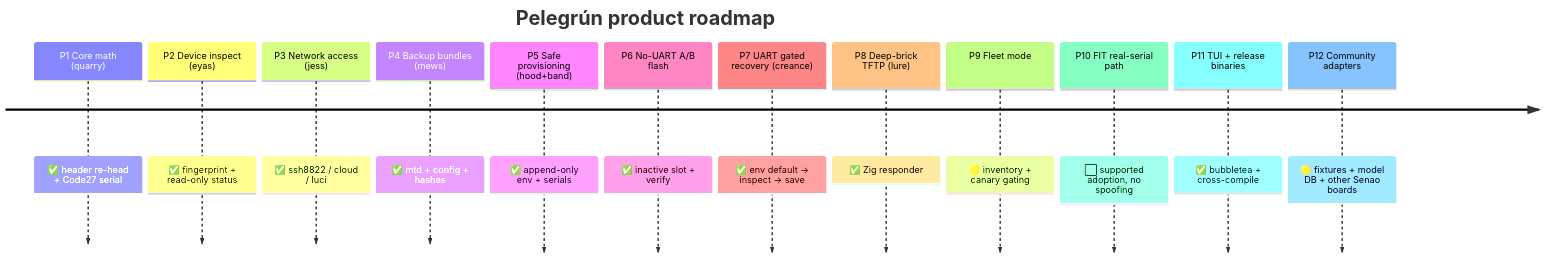
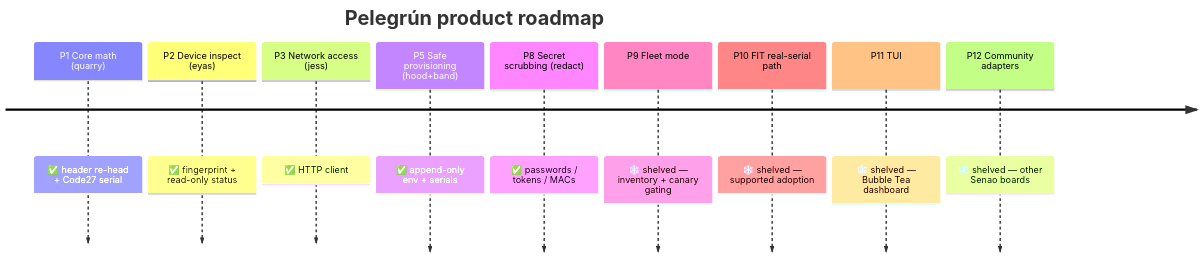
Before and after one commit to ParkWardRR/pelegrun-ap-hk07-firmware-tools: the second of 2 diagrams in ROADMAP.md, drawn with Mermaid. The commit also changed other lines of this file and 88 other files, not shown here.

First line of the commit message:
refactor: slim Go CLI to three utilities; remove TUI, Zig, and shelved packages

````diff
--- a/ROADMAP.md
+++ b/ROADMAP.md
@@ -67,16 +54,13 @@
 ```mermaid
 timeline
     title Pelegrún product roadmap
     P1 Core math (quarry) : ✅ header re-head + Code27 serial
     P2 Device inspect (eyas) : ✅ fingerprint + read-only status
-    P3 Network access (jess) : ✅ ssh8822 / cloud / luci
-    P4 Backup bundles (mews) : ✅ mtd + config + hashes
+    P3 Network access (jess) : ✅ HTTP client
     P5 Safe provisioning (hood+band) : ✅ append-only env + serials
-    P6 No-UART A/B flash : ✅ inactive slot + verify
-    P7 UART gated recovery (creance) : ✅ env default -> inspect -> save
-    P8 Deep-brick TFTP (lure) : ✅ Zig responder
-    P9 Fleet mode : 🟡 inventory + canary gating
-    P10 FIT real-serial path : ⬜ supported adoption, no spoofing
-    P11 TUI + release binaries : ✅ bubbletea + cross-compile
-    P12 Community adapters : 🟡 fixtures + model DB + other Senao boards
+    P8 Secret scrubbing (redact) : ✅ passwords / tokens / MACs
+    P9 Fleet mode : ❄️ shelved — inventory + canary gating
+    P10 FIT real-serial path : ❄️ shelved — supported adoption
+    P11 TUI : ❄️ shelved — Bubble Tea dashboard
+    P12 Community adapters : ❄️ shelved — other Senao boards
 ```
````
